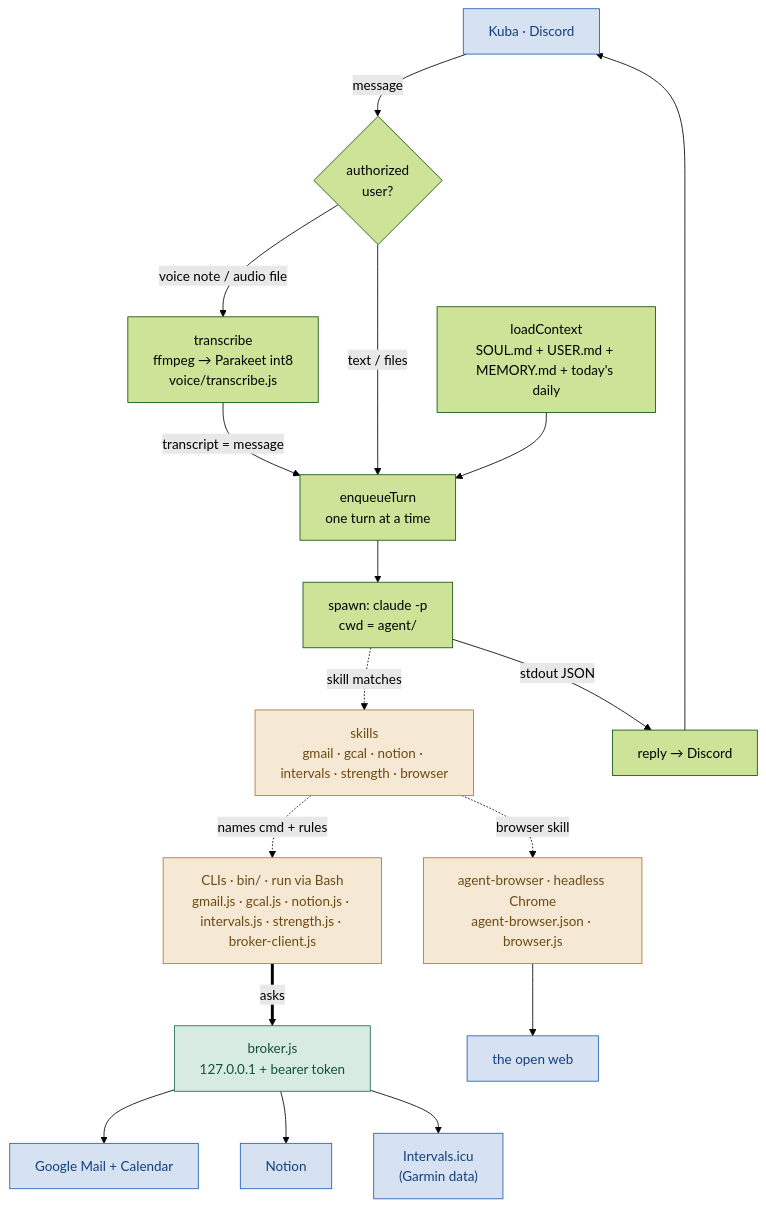
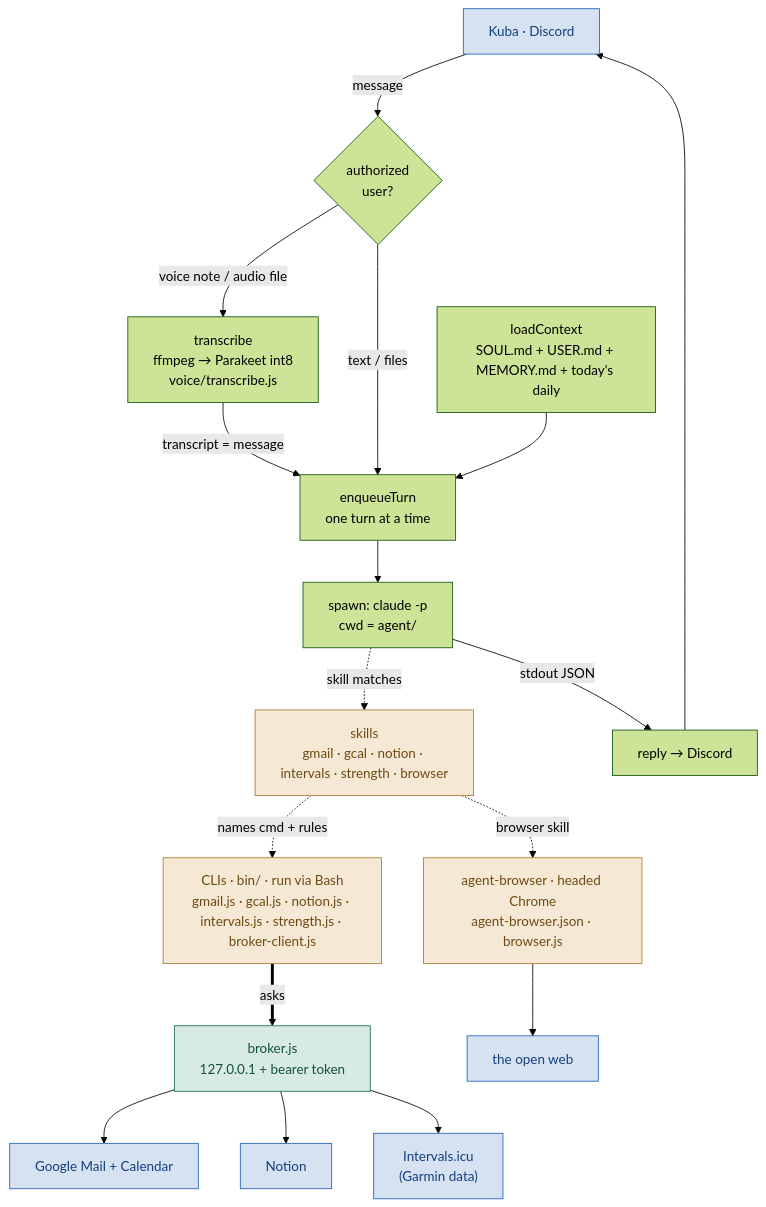
Before and after one commit to KubaJerz/alfred-node: the first of 6 diagrams in SYSTEM-MAP.md, drawn with Mermaid (forest theme). The commit also changed other lines of this file and 9 other files, not shown here.

````diff
--- a/SYSTEM-MAP.md
+++ b/SYSTEM-MAP.md
@@ -57,25 +57,25 @@
 ```mermaid
 flowchart TD
     U["Kuba · Discord"] -->|message| GATE{"authorized<br/>user?"}
     GATE -->|"voice note / audio file"| TR["transcribe<br/>ffmpeg → Parakeet int8<br/>voice/transcribe.js"]
     TR -->|"transcript = message"| Q
     GATE -->|"text / files"| Q["enqueueTurn<br/>one turn at a time"]
     CTX["loadContext<br/>SOUL.md + USER.md + MEMORY.md + today's daily"] --> Q
     Q --> SPAWN["spawn: claude -p<br/>cwd = agent/"]
     SPAWN -.->|"skill matches"| SK["skills<br/>gmail · gcal · notion · intervals · strength · browser"]
     SK -.->|"names cmd + rules"| CLIS["CLIs · bin/ · run via Bash<br/>gmail.js · gcal.js · notion.js · intervals.js · strength.js · broker-client.js"]
     CLIS ==>|"asks"| BR["broker.js<br/>127.0.0.1 + bearer token"]
     BR --> G["Google Mail + Calendar"]
     BR --> N["Notion"]
     BR --> I["Intervals.icu<br/>(Garmin data)"]
-    SK -.->|"browser skill"| AB["agent-browser · headless Chrome<br/>agent-browser.json · browser.js"]
+    SK -.->|"browser skill"| AB["agent-browser · headed Chrome<br/>agent-browser.json · browser.js"]
     AB --> WEB["the open web"]
     SPAWN -->|"stdout JSON"| R["reply → Discord"]
     R --> U
     classDef external fill:#d6e2f2,stroke:#1f5fb8,color:#123f7d
     classDef gateway fill:#d8ebe2,stroke:#1b6b52,color:#12503c
     classDef stack fill:#f5e8d5,stroke:#b07a2a,color:#6e4a12
     class U,G,N,I,WEB external
     class BR gateway
     class SK,CLIS,AB stack
 ```
````
